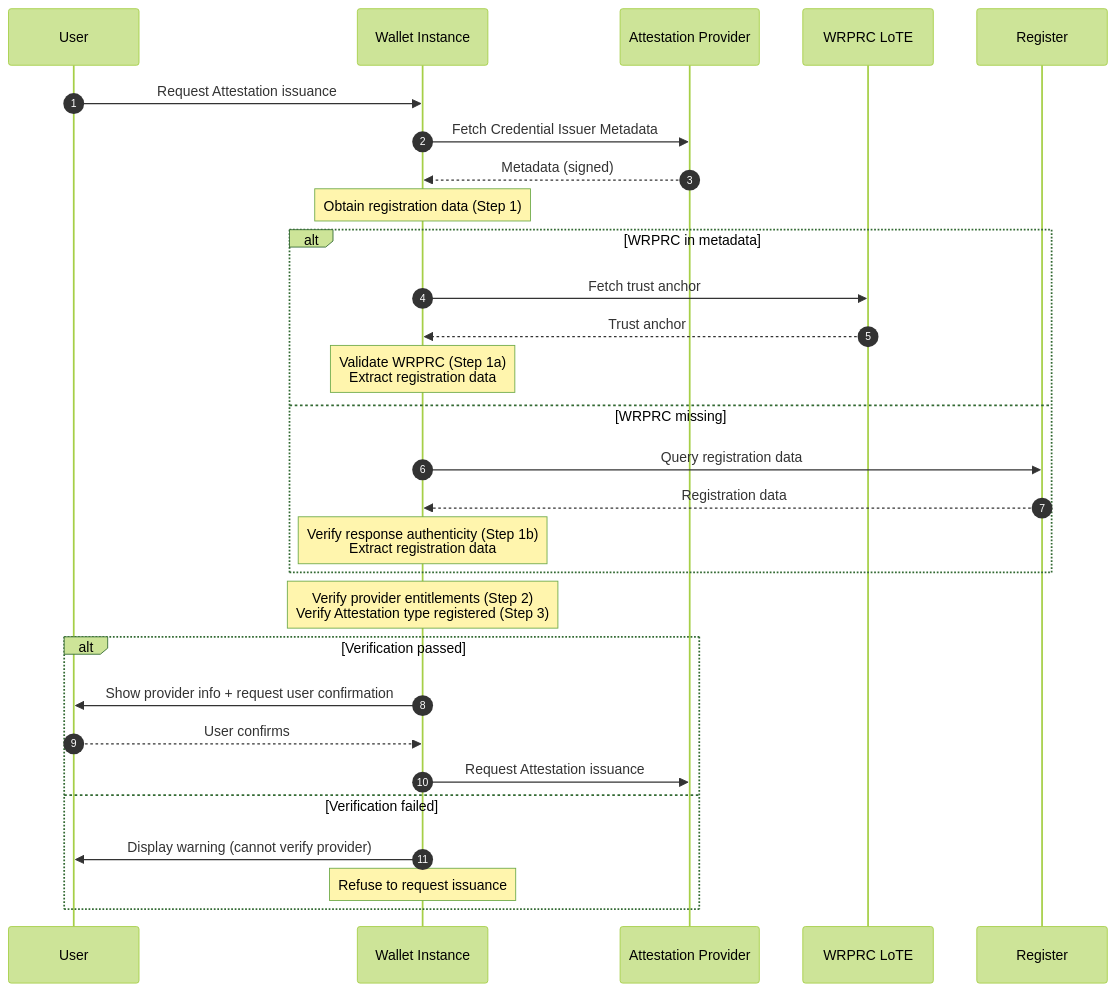
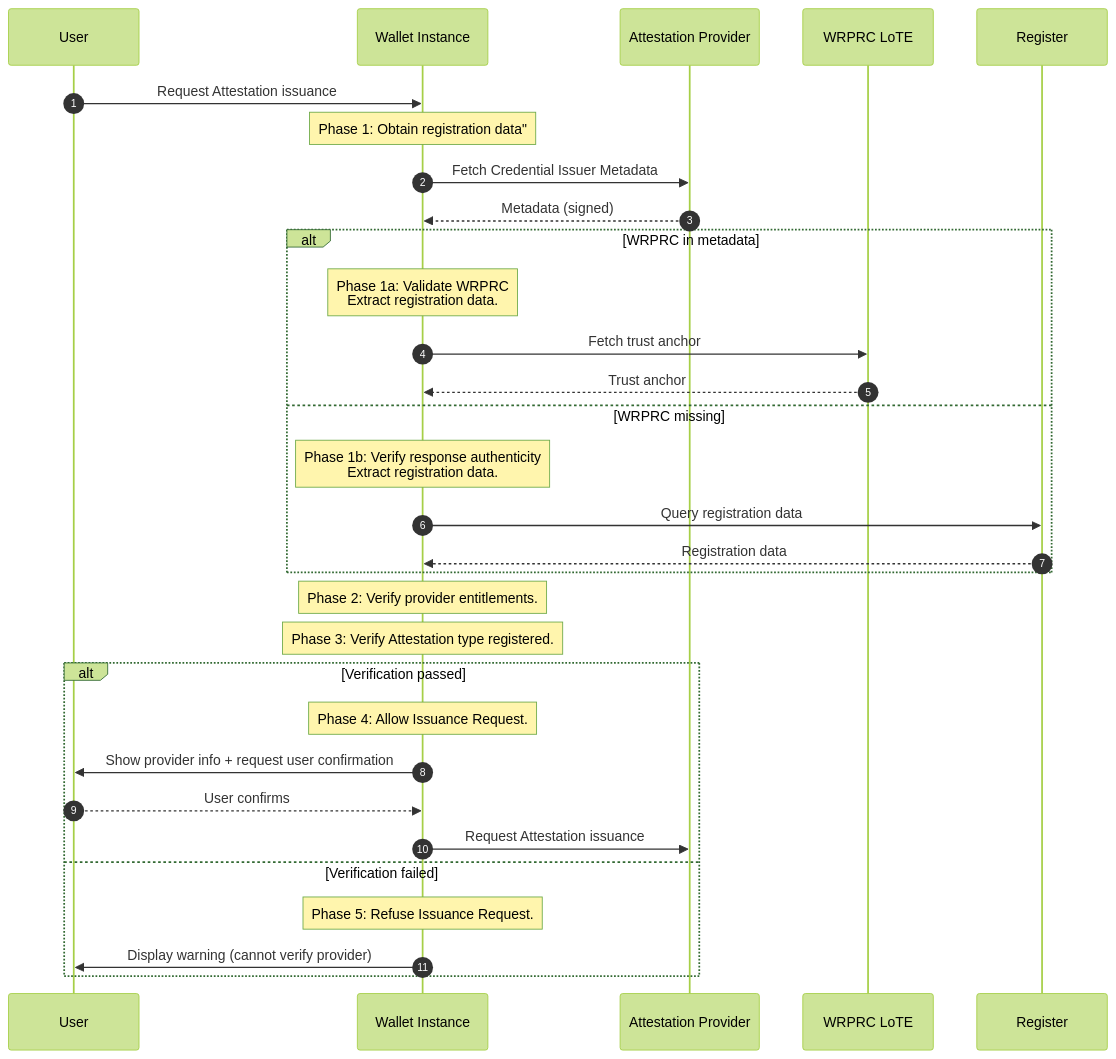
One commit to APTITUDE-Consortium/wp2-trust-specifications changed the second of 5 diagrams in topics/entitlement-policy.md. Above: the diagram before and after it, drawn with Mermaid (forest theme). The commit also changed other lines of this file, not shown here.

Commit message:
chore: editorial improvement and minor fix in AP Unauthorized Issuance Prevention Mechanism

````diff
--- a/topics/entitlement-policy.md
+++ b/topics/entitlement-policy.md
@@ -372,36 +372,39 @@
 ```mermaid
 sequenceDiagram
     autonumber
     participant User
     participant WI as Wallet Instance
     participant AP as Attestation Provider
     participant TL as WRPRC LoTE
     participant Reg as Register
 
     User->>WI: Request Attestation issuance
+    Note over WI: Phase 1: Obtain registration data"
     WI->>AP: Fetch Credential Issuer Metadata
     AP-->>WI: Metadata (signed)
 
-    Note over WI: Obtain registration data (Step 1)
+    
 
     alt WRPRC in metadata
+        Note over WI: Phase 1a: Validate WRPRC <br/>Extract registration data. 
         WI->>TL: Fetch trust anchor
         TL-->>WI: Trust anchor
-        Note over WI: Validate WRPRC (Step 1a)<br/>Extract registration data
     else WRPRC missing
+        Note over WI: Phase 1b: Verify response authenticity<br/>Extract registration data.
         WI->>Reg: Query registration data
         Reg-->>WI: Registration data
-        Note over WI: Verify response authenticity (Step 1b)<br/>Extract registration data
     end
 
-    Note over WI: Verify provider entitlements (Step 2)<br/>Verify Attestation type registered (Step 3)
+    Note over WI: Phase 2: Verify provider entitlements.
+    Note over WI: Phase 3: Verify Attestation type registered.
 
     alt Verification passed
+        Note over WI: Phase 4: Allow Issuance Request.
         WI->>User: Show provider info + request user confirmation
         User-->>WI: User confirms
         WI->>AP: Request Attestation issuance
     else Verification failed
+        Note over WI: Phase 5: Refuse Issuance Request.
         WI->>User: Display warning (cannot verify provider)
-        Note over WI: Refuse to request issuance
     end
 ```
````
